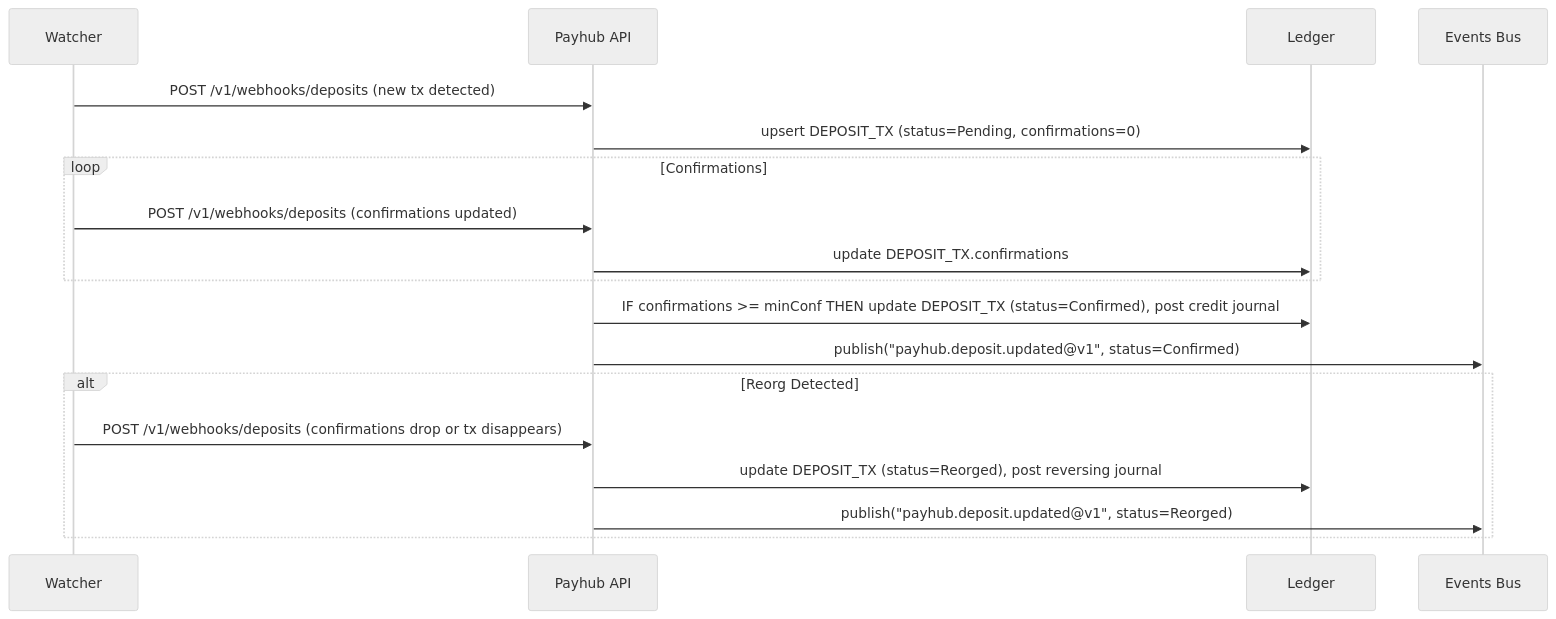
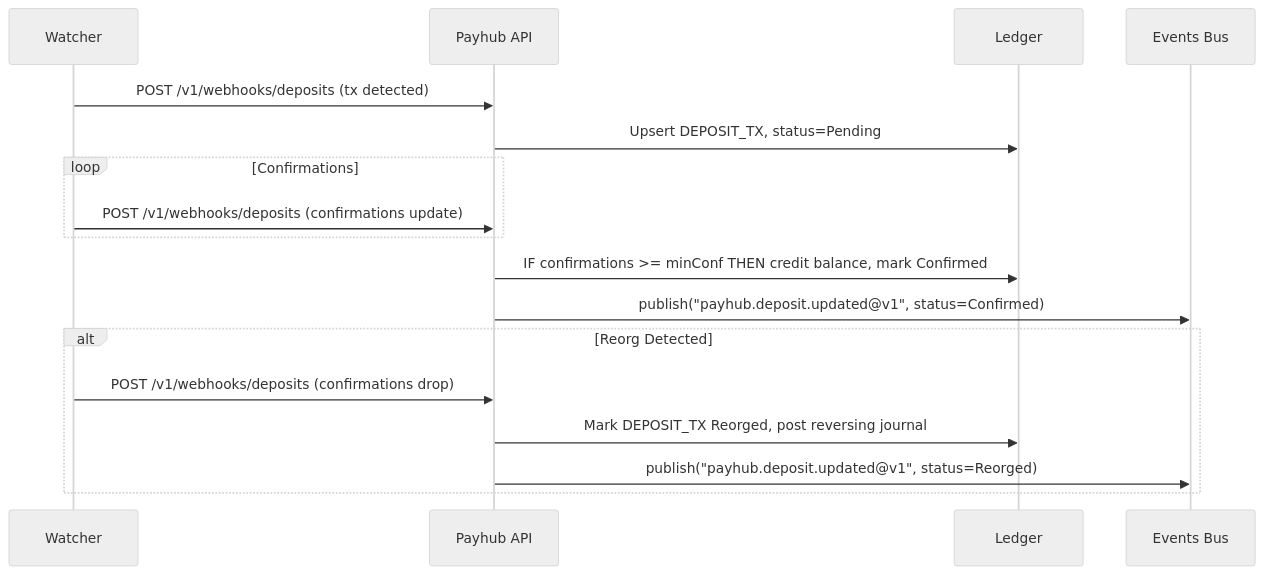
Before and after one commit to bkkac/tg-miniapp-payhub-service: the fourth of 6 diagrams in SystemDesign.md, drawn with Mermaid (neutral theme). The commit also changed other lines of this file, not shown here.

````diff
--- a/SystemDesign.md
+++ b/SystemDesign.md
@@ -1231,24 +481,19 @@
 ```mermaid
 sequenceDiagram
   participant W as Watcher
   participant PH as Payhub API
   participant DB as Ledger
   participant EVT as Events Bus
-
-  W->>PH: POST /v1/webhooks/deposits (new tx detected)
-  PH->>DB: upsert DEPOSIT_TX (status=Pending, confirmations=0)
-  
+  W->>PH: POST /v1/webhooks/deposits (tx detected)
+  PH->>DB: Upsert DEPOSIT_TX, status=Pending
   loop Confirmations
-    W->>PH: POST /v1/webhooks/deposits (confirmations updated)
-    PH->>DB: update DEPOSIT_TX.confirmations
+    W->>PH: POST /v1/webhooks/deposits (confirmations update)
   end
-
-  PH->>DB: IF confirmations >= minConf THEN update DEPOSIT_TX (status=Confirmed), post credit journal
+  PH->>DB: IF confirmations >= minConf THEN credit balance, mark Confirmed
   PH->>EVT: publish("payhub.deposit.updated@v1", status=Confirmed)
-  
   alt Reorg Detected
-    W->>PH: POST /v1/webhooks/deposits (confirmations drop or tx disappears)
-    PH->>DB: update DEPOSIT_TX (status=Reorged), post reversing journal
+    W->>PH: POST /v1/webhooks/deposits (confirmations drop)
+    PH->>DB: Mark DEPOSIT_TX Reorged, post reversing journal
     PH->>EVT: publish("payhub.deposit.updated@v1", status=Reorged)
   end
 ```
````
